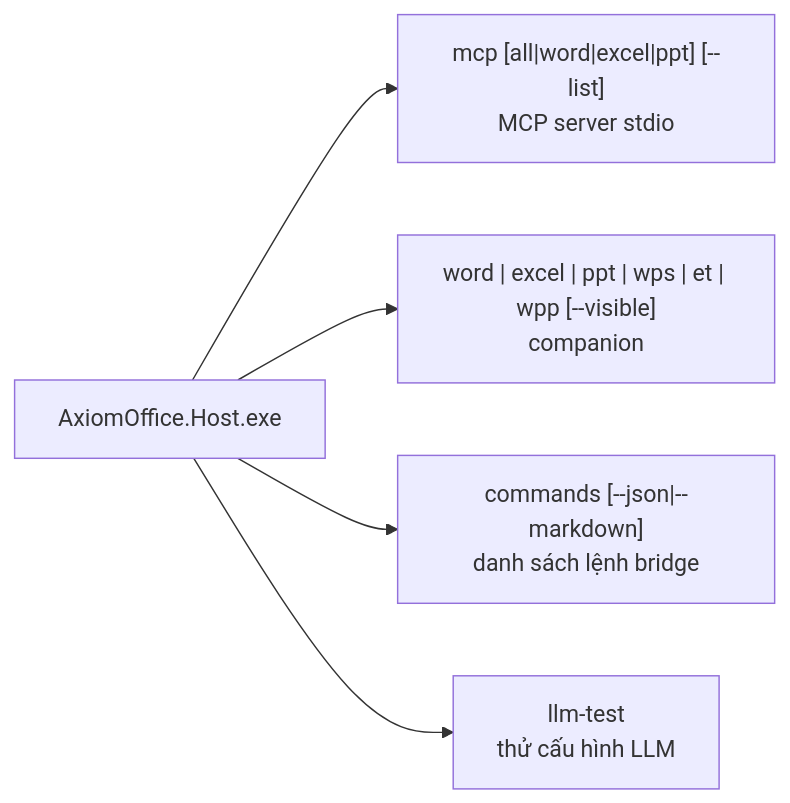
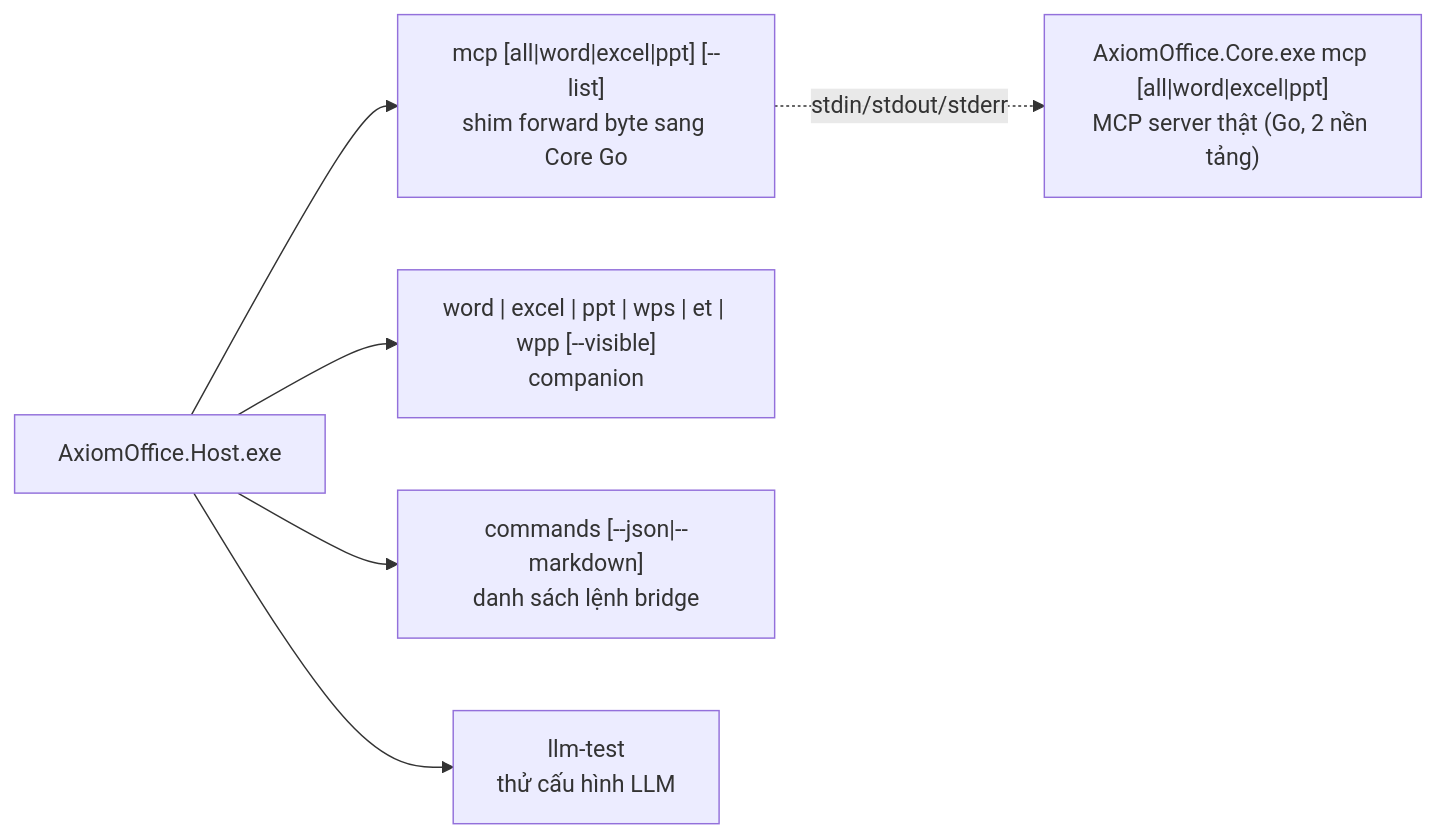
One commit to rgb-vgx/Axiom-Office changed diagram 15 of 20 in ARCHITECTURE.MD. Above: the diagram before and after it, drawn with Mermaid. The commit also changed other lines of this file, not shown here.

First line of the commit message:
Tài liệu: cập nhật ARCHITECTURE.MD theo Core Go, LibreOffice và WPS Linux

````diff
--- a/ARCHITECTURE.MD
+++ b/ARCHITECTURE.MD
@@ -947,7 +1013,9 @@
 ```mermaid
 flowchart LR
-    exe["AxiomOffice.Host.exe"] --> m1["mcp [all|word|excel|ppt] [--list]<br/>MCP server stdio"]
+    exe["AxiomOffice.Host.exe"] --> m1["mcp [all|word|excel|ppt] [--list]<br/>shim forward byte sang Core Go"]
     exe --> m2["word | excel | ppt | wps | et | wpp [--visible]<br/>companion"]
     exe --> m3["commands [--json|--markdown]<br/>danh sách lệnh bridge"]
     exe --> m4["llm-test<br/>thử cấu hình LLM"]
+    core["AxiomOffice.Core.exe mcp [all|word|excel|ppt]<br/>MCP server thật (Go, 2 nền tảng)"]
+    m1 -.->|"stdin/stdout/stderr"| core
 ```
````
